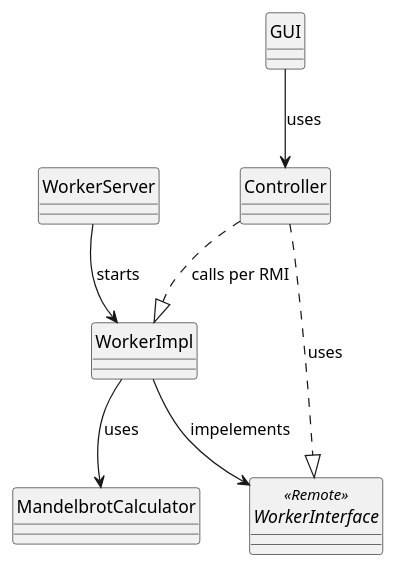
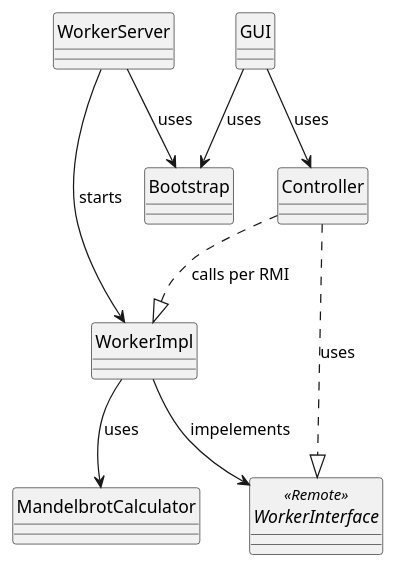
One commit to HTWDD-RN/vs-Beleg-ATEG changed the diagram in UML_Klassendiagramm.puml. Above: the diagram before and after it, drawn with PlantUML.

Commit message:
Klassendiagramm updated

```diff
--- a/UML_Klassendiagramm.puml
+++ b/UML_Klassendiagramm.puml
@@ -1,27 +1,28 @@
 @startuml
 skinparam style strictuml
 skinparam classAttributeIconSize 0
 
 ' Interfaces
 
 interface WorkerInterface <<Remote>>
 
 ' Klassen
+class Bootstrap
 class GUI
 class Controller
 class MandelbrotCalculator
 class WorkerImpl
 class WorkerServer
 
 ' Beziehungen
 
 GUI --> Controller : uses
+GUI --> Bootstrap : uses
 Controller ..|> WorkerInterface : uses
 Controller ..|> WorkerImpl : calls per RMI
 WorkerImpl --> WorkerInterface : impelements
 WorkerImpl --> MandelbrotCalculator : uses
-
-
+WorkerServer -->Bootstrap : uses
 WorkerServer --> WorkerImpl : starts
 
 @enduml
```
